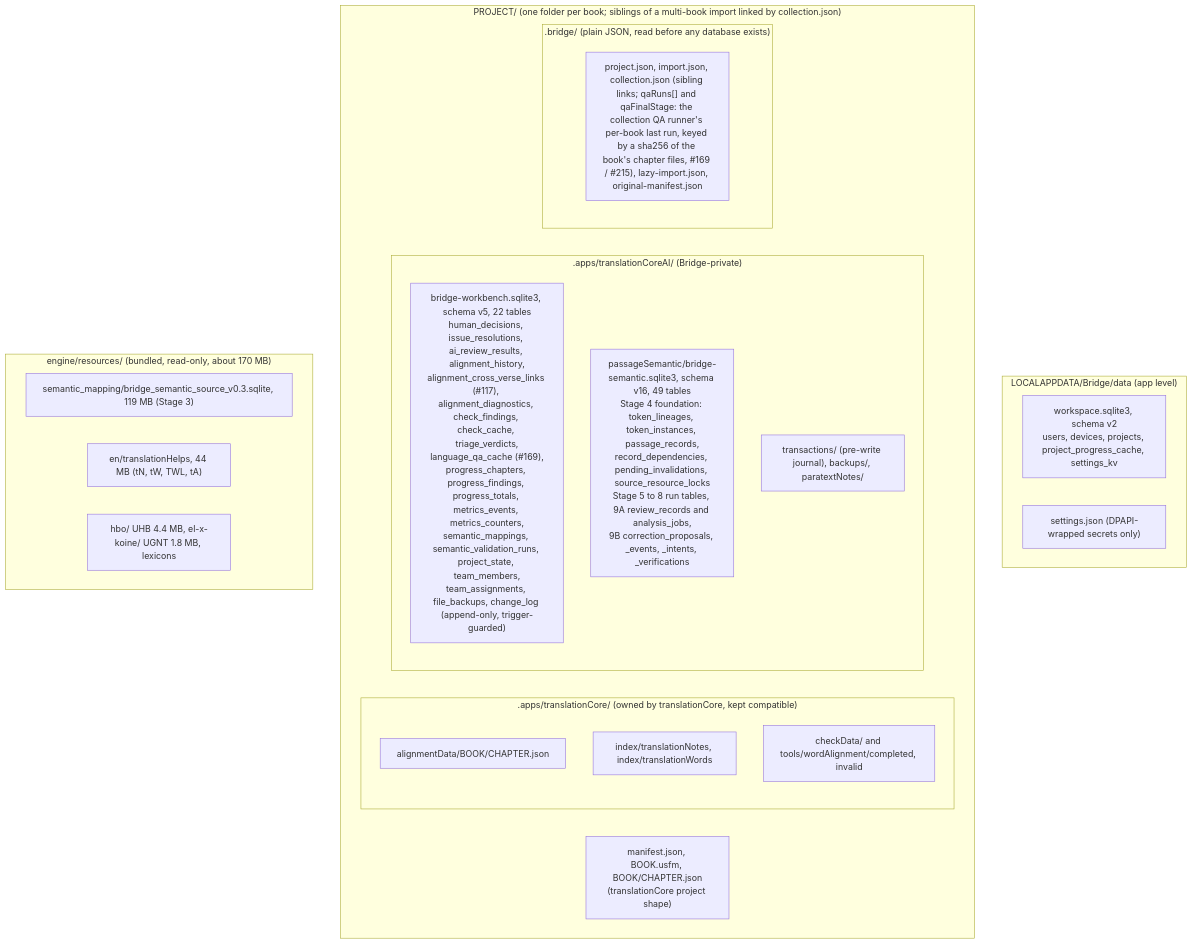
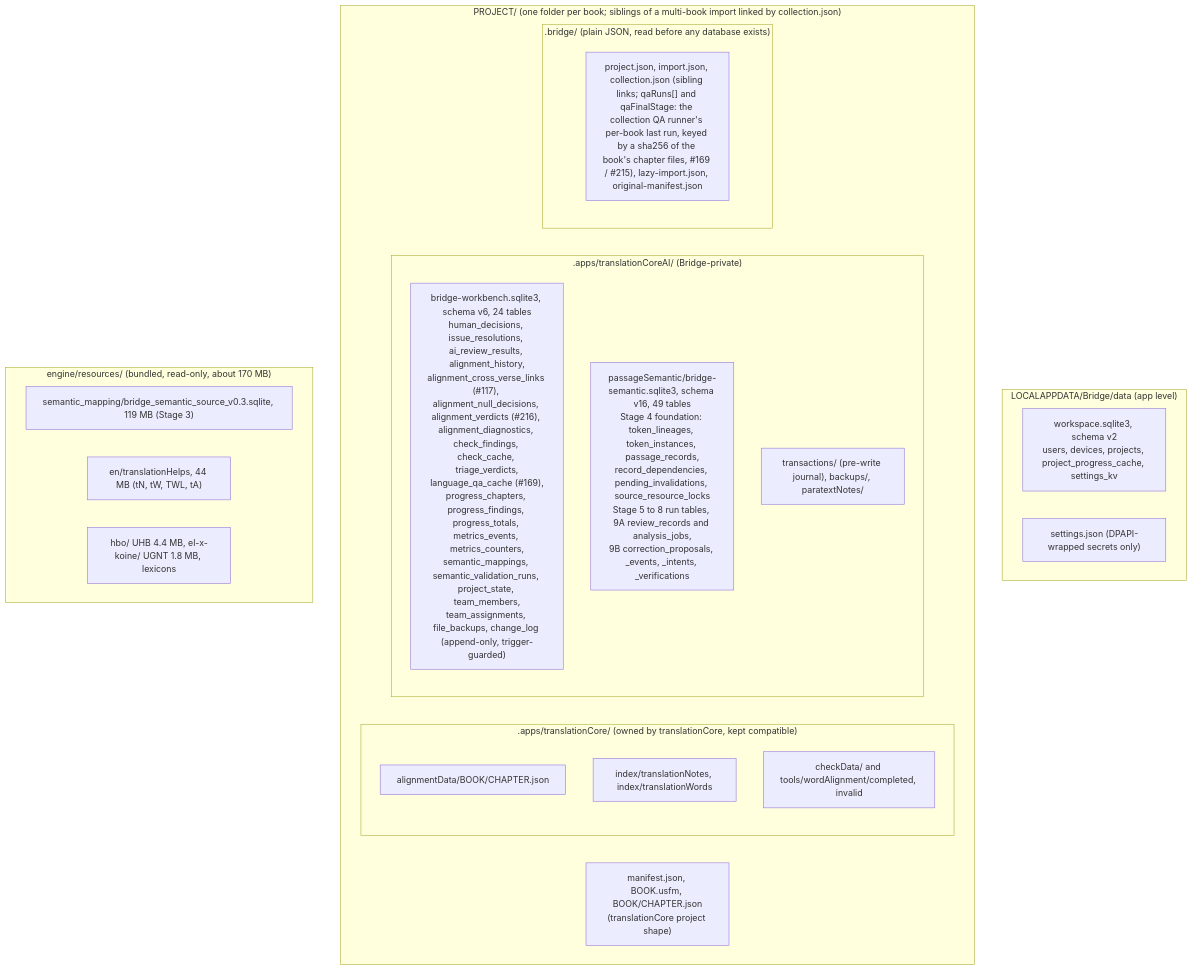
One commit to selvabenz/Bridge changed the second of 4 diagrams in docs/ARCHITECTURE.md. Above: the diagram before and after it, drawn with Mermaid. The commit also changed other lines of this file and 19 other files, not shown here.

First line of the commit message:
feat(alignment): null alignment decisions -- a word with no counterpart, for a reason (#216)

````diff
--- a/docs/ARCHITECTURE.md
+++ b/docs/ARCHITECTURE.md
@@ -102,28 +102,28 @@
 ```mermaid
 flowchart TB
   subgraph App["LOCALAPPDATA/Bridge/data (app level)"]
     WS["workspace.sqlite3, schema v2<br/>users, devices, projects, project_progress_cache, settings_kv"]
     SJ["settings.json (DPAPI-wrapped secrets only)"]
   end
   subgraph Proj["PROJECT/ (one folder per book; siblings of a multi-book import linked by collection.json)"]
     M["manifest.json, BOOK.usfm, BOOK/CHAPTER.json<br/>(translationCore project shape)"]
     subgraph TCdir[".apps/translationCore/ (owned by translationCore, kept compatible)"]
       AD["alignmentData/BOOK/CHAPTER.json"]
       IDX["index/translationNotes, index/translationWords"]
       CD["checkData/ and tools/wordAlignment/completed, invalid"]
     end
     subgraph AIdir[".apps/translationCoreAI/ (Bridge-private)"]
-      WB["bridge-workbench.sqlite3, schema v5, 22 tables<br/>human_decisions, issue_resolutions, ai_review_results, alignment_history,<br/>alignment_cross_verse_links (#117), alignment_diagnostics, check_findings, check_cache, triage_verdicts,<br/>language_qa_cache (#169),<br/>progress_chapters, progress_findings, progress_totals, metrics_events, metrics_counters,<br/>semantic_mappings, semantic_validation_runs, project_state, team_members,<br/>team_assignments, file_backups, change_log (append-only, trigger-guarded)"]
+      WB["bridge-workbench.sqlite3, schema v6, 24 tables<br/>human_decisions, issue_resolutions, ai_review_results, alignment_history,<br/>alignment_cross_verse_links (#117), alignment_null_decisions, alignment_verdicts (#216), alignment_diagnostics, check_findings, check_cache, triage_verdicts,<br/>language_qa_cache (#169),<br/>progress_chapters, progress_findings, progress_totals, metrics_events, metrics_counters,<br/>semantic_mappings, semantic_validation_runs, project_state, team_members,<br/>team_assignments, file_backups, change_log (append-only, trigger-guarded)"]
       SEM["passageSemantic/bridge-semantic.sqlite3, schema v16, 49 tables<br/>Stage 4 foundation: token_lineages, token_instances, passage_records,<br/>record_dependencies, pending_invalidations, source_resource_locks<br/>Stage 5 to 8 run tables, 9A review_records and analysis_jobs,<br/>9B correction_proposals, _events, _intents, _verifications"]
       TX["transactions/ (pre-write journal), backups/, paratextNotes/"]
     end
     subgraph Bdir[".bridge/ (plain JSON, read before any database exists)"]
       BJ["project.json, import.json, collection.json (sibling links; qaRuns[] and qaFinalStage: the collection QA runner's per-book last run, keyed by a sha256 of the book's chapter files, #169 / #215), lazy-import.json, original-manifest.json"]
     end
   end
   subgraph Res["engine/resources/ (bundled, read-only, about 170 MB)"]
     R1["semantic_mapping/bridge_semantic_source_v0.3.sqlite, 119 MB (Stage 3)"]
     R2["en/translationHelps, 44 MB (tN, tW, TWL, tA)"]
     R3["hbo/ UHB 4.4 MB, el-x-koine/ UGNT 1.8 MB, lexicons"]
   end
 ```
````
